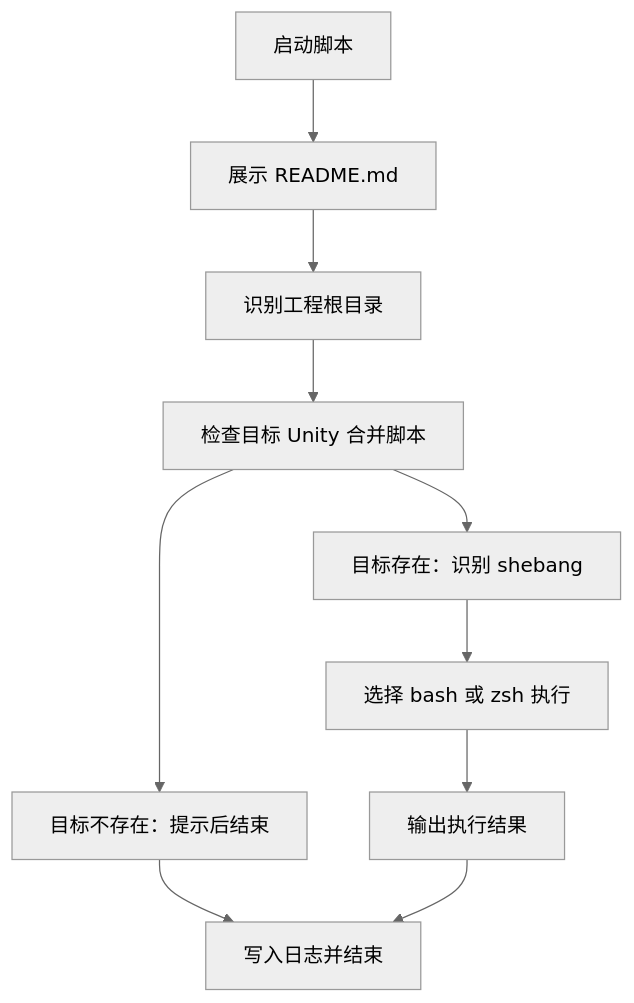
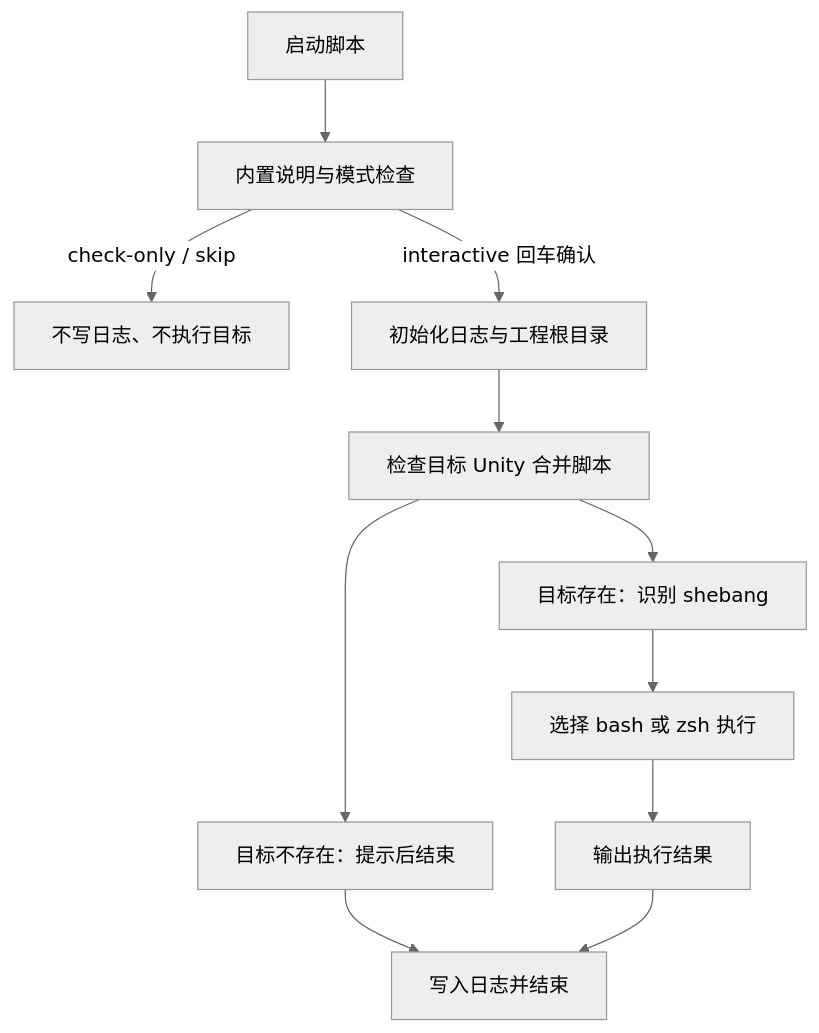
The diagram in ScriptsByPods/解压Unity大资源.sh/README.md (JobsKits/JobsSwiftBaseConfigDemo), drawn with Mermaid (neutral theme) before and after one commit. The commit also changed other lines of this file and 33 other files, not shown here.

````diff
--- a/ScriptsByPods/解压Unity大资源.sh/README.md
+++ b/ScriptsByPods/解压Unity大资源.sh/README.md
@@ -69,12 +70,13 @@
   ```mermaid
   flowchart TD
-    A["启动脚本"] --> B["展示 README.md"]
-    B --> C["识别工程根目录"]
+    A["启动脚本"] --> B["内置说明与模式检查"]
+    B -->|"check-only / skip"| X["不写日志、不执行目标"]
+    B -->|"interactive 回车确认"| C["初始化日志与工程根目录"]
     C --> D["检查目标 Unity 合并脚本"]
     D --> D1["目标不存在：提示后结束"]
     D --> D2["目标存在：识别 shebang"]
     D2 --> E["选择 bash 或 zsh 执行"]
     E --> F["输出执行结果"]
     D1 --> Z["写入日志并结束"]
     F --> Z
   ```
````
